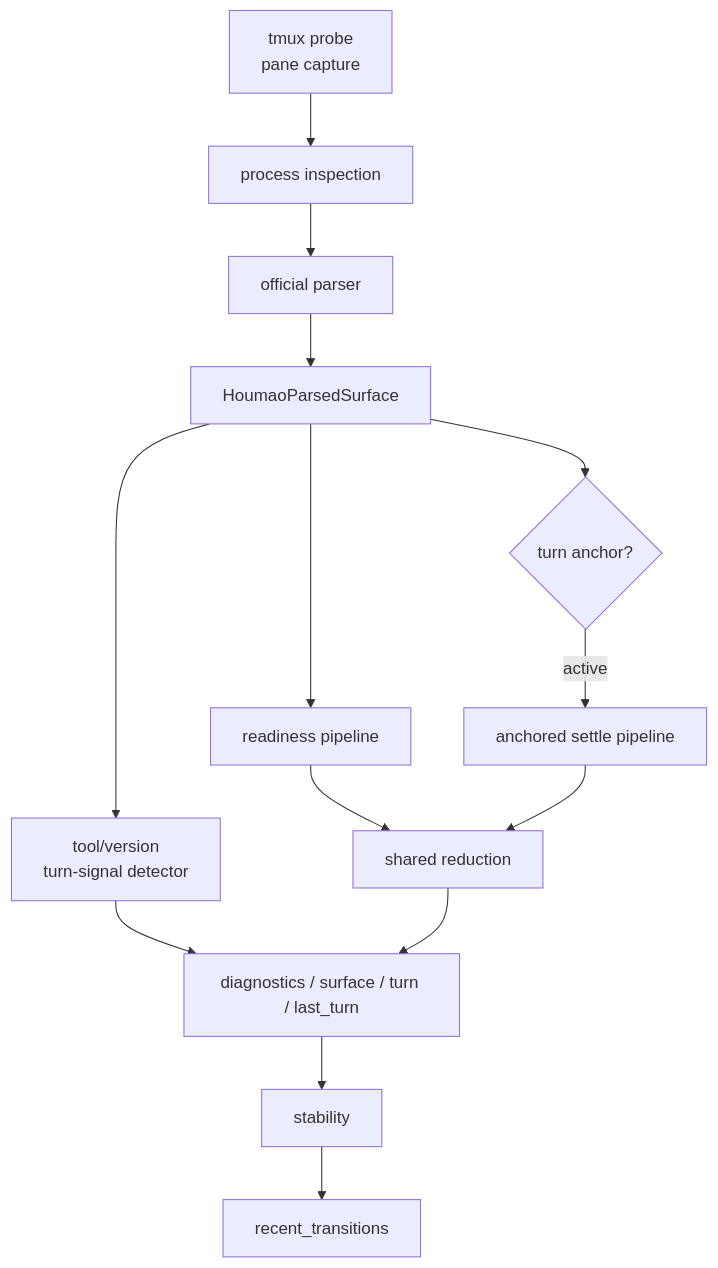
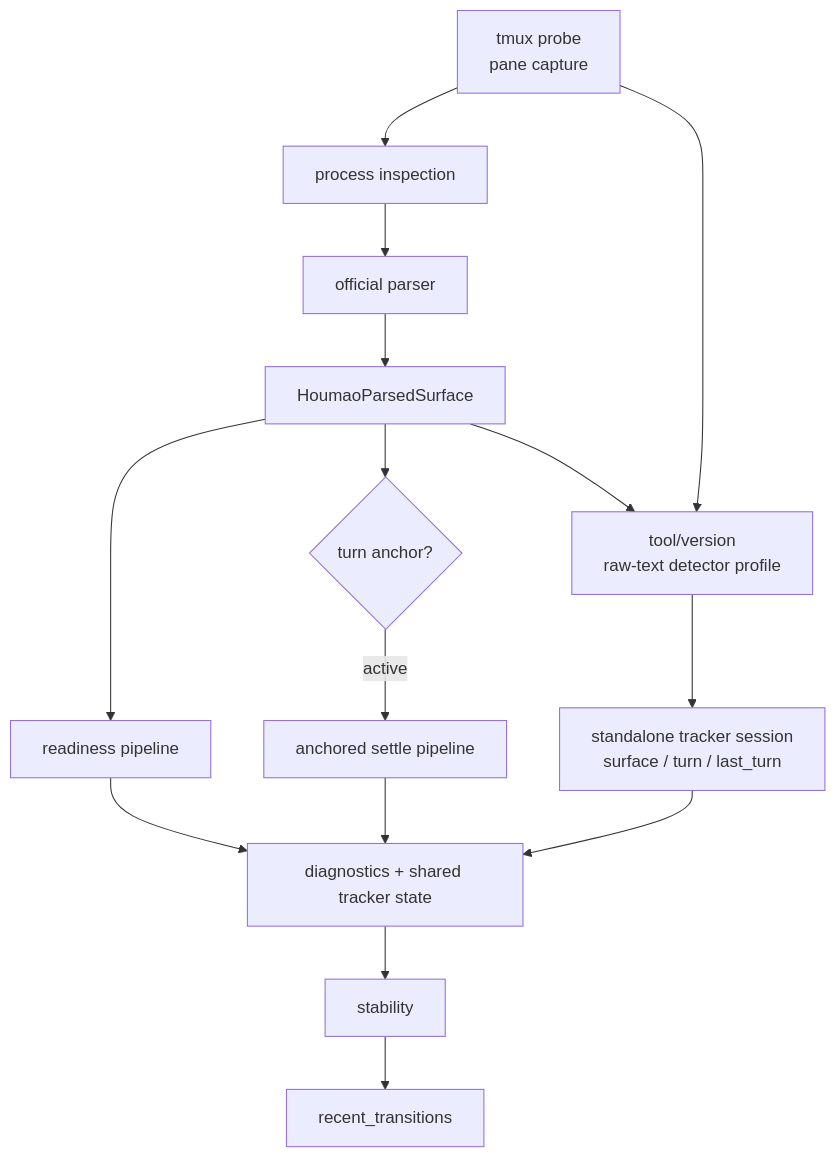
The diagram in docs/developer/houmao-server/state-tracking.md (igamenovoer/houmao), drawn with Mermaid before and after one commit. The commit also changed other lines of this file and 43 other files, not shown here.

Commit message:
feat: extract standalone tui state tracker

````diff
--- a/docs/developer/houmao-server/state-tracking.md
+++ b/docs/developer/houmao-server/state-tracking.md
@@ -43,25 +43,26 @@
 ```mermaid
 flowchart TD
     Probe["tmux probe<br/>pane capture"]
     Proc["process inspection"]
     Parse["official parser"]
     Surf["HoumaoParsedSurface"]
-    Detect["tool/version<br/>turn-signal detector"]
+    Detect["tool/version<br/>raw-text detector profile"]
+    Shared["standalone tracker session<br/>surface / turn / last_turn"]
     Ready["readiness pipeline"]
     Anchor{"turn anchor?"}
     Anch["anchored settle pipeline"]
-    Reduce["shared reduction"]
-    Public["diagnostics / surface / turn / last_turn"]
+    Public["diagnostics + shared tracker state"]
     Stable["stability"]
     Hist["recent_transitions"]
 
     Probe --> Proc --> Parse --> Surf
     Surf --> Detect
+    Probe --> Detect
     Surf --> Ready
     Surf --> Anchor
     Anchor -->|active| Anch
-    Ready --> Reduce
-    Anch --> Reduce
-    Detect --> Public
-    Reduce --> Public --> Stable --> Hist
+    Detect --> Shared
+    Ready --> Public
+    Anch --> Public
+    Shared --> Public --> Stable --> Hist
 ```
````
